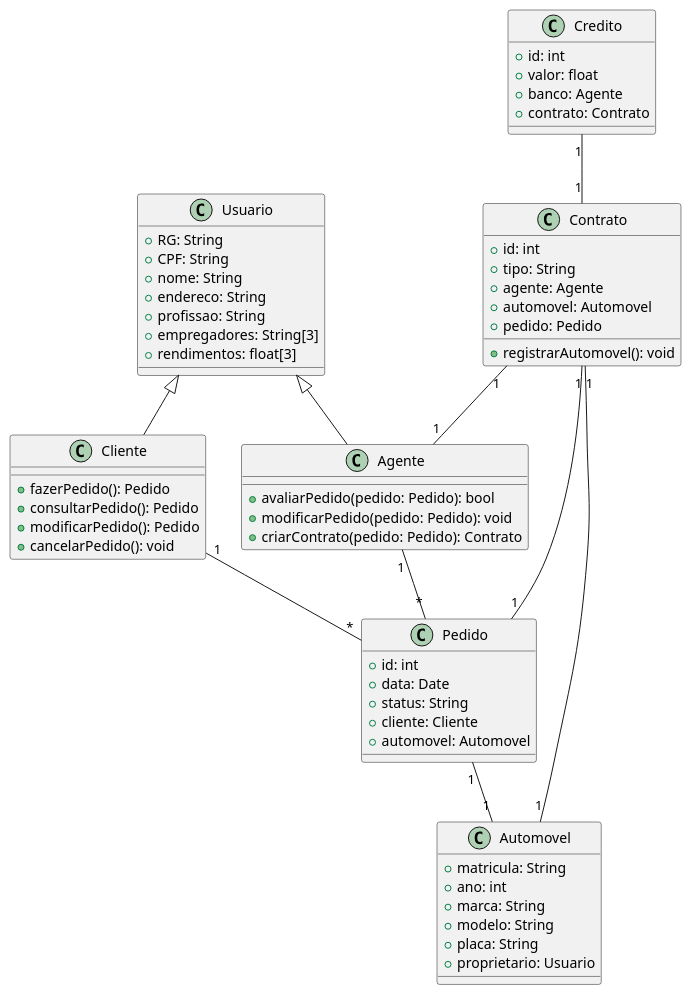
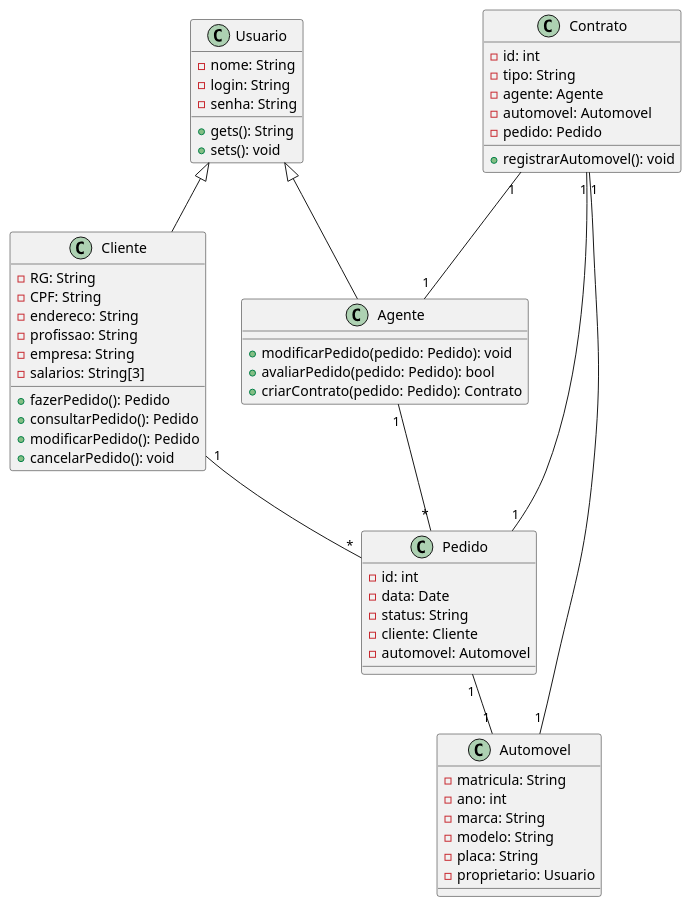
One commit to Artureba/Lab02_LDS changed the diagram in Lab02-Desenv-Software/projeto/Diagrama de Classes/Diagrama_de_Classe.puml. Above: the diagram before and after it, drawn with PlantUML. The commit also changed 1 other file, not shown here.

Commit message:
Diagrama de Caso de Uso e de Classe Feito!

```diff
--- a/Lab02-Desenv-Software/projeto/Diagrama de Classes/Diagrama_de_Classe.puml
+++ b/Lab02-Desenv-Software/projeto/Diagrama de Classes/Diagrama_de_Classe.puml
@@ -1,65 +1,63 @@
-@startuml
-class Usuario {
-    +RG: String
-    +CPF: String
-    +nome: String
-    +endereco: String
-    +profissao: String
-    +empregadores: String[3]
-    +rendimentos: float[3]
+@startuml Sistema de Aluguel de Carros
+
+class Usuario{
+    -nome: String
+    -login: String
+    -senha: String
+    +gets(): String
+    +sets(): void
 }
 
 class Cliente extends Usuario {
+    -RG: String
+    -CPF: String
+    -endereco: String
+    -profissao: String
+    -empresa: String
+    -salarios: String[3]
     +fazerPedido(): Pedido
     +consultarPedido(): Pedido
     +modificarPedido(): Pedido
     +cancelarPedido(): void
 }
 
-class Agente extends Usuario {
+class Agente extends Usuario{
+    +modificarPedido(pedido: Pedido): void
     +avaliarPedido(pedido: Pedido): bool
-    +modificarPedido(pedido: Pedido): void
     +criarContrato(pedido: Pedido): Contrato
 }
 
 class Pedido {
-    +id: int
-    +data: Date
-    +status: String
-    +cliente: Cliente
-    +automovel: Automovel
+    -id: int
+    -data: Date
+    -status: String
+    -cliente: Cliente
+    -automovel: Automovel
 }
 
 class Automovel {
-    +matricula: String
-    +ano: int
-    +marca: String
-    +modelo: String
-    +placa: String
-    +proprietario: Usuario
+    -matricula: String
+    -ano: int
+    -marca: String
+    -modelo: String
+    -placa: String
+    -proprietario: Usuario
 }
 
 class Contrato {
-    +id: int
-    +tipo: String
-    +agente: Agente
-    +automovel: Automovel
-    +pedido: Pedido
+    -id: int
+    -tipo: String
+    -agente: Agente
+    -automovel: Automovel
+    -pedido: Pedido
     +registrarAutomovel(): void
-}
-
-class Credito {
-    +id: int
-    +valor: float
-    +banco: Agente
-    +contrato: Contrato
 }
 
 Cliente "1" -- "*" Pedido
 Agente "1" -- "*" Pedido
 Pedido "1" -- "1" Automovel
 Contrato "1" -- "1" Pedido
 Contrato "1" -- "1" Agente
 Contrato "1" -- "1" Automovel
-Credito "1" -- "1" Contrato
+
 @enduml
```
